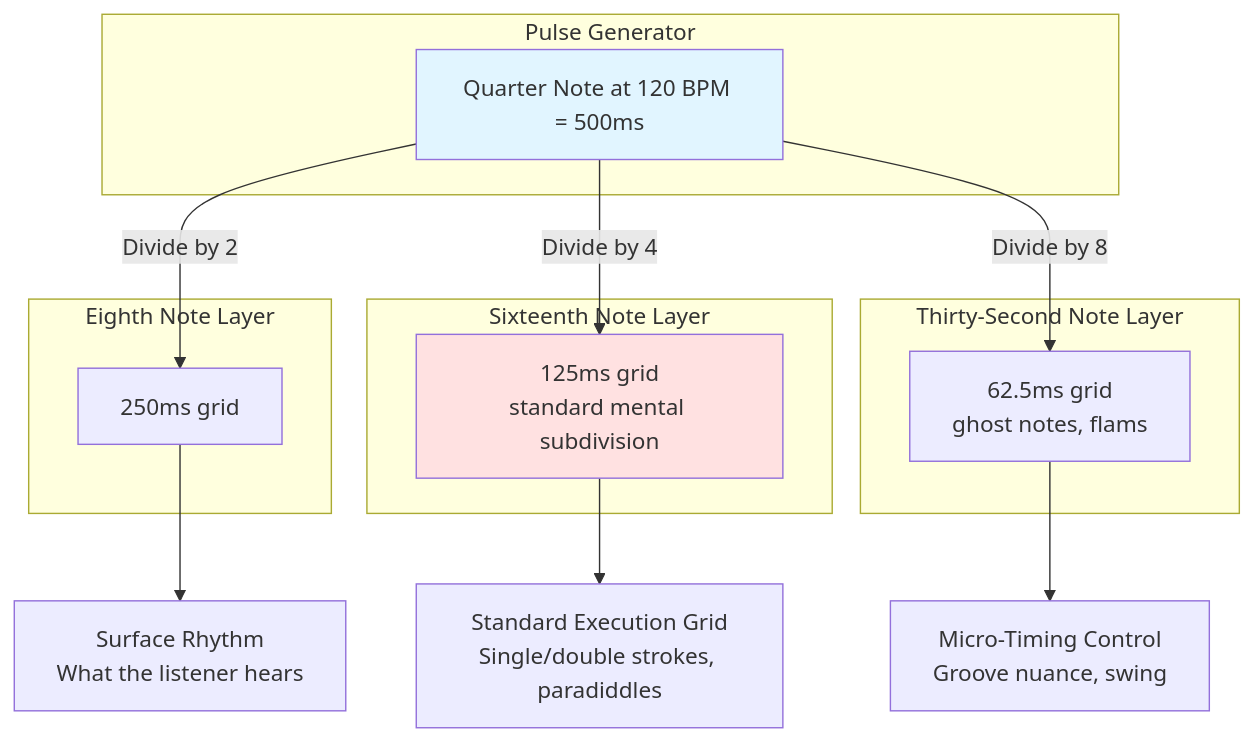
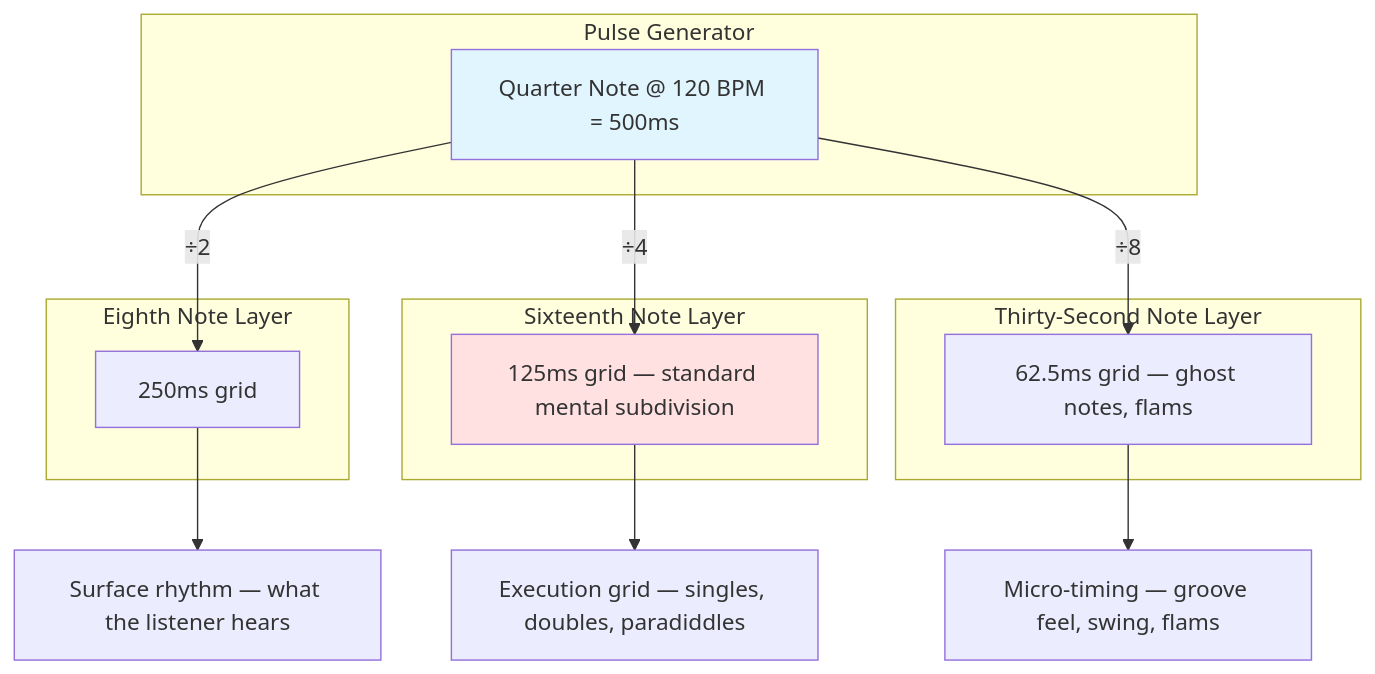
The first of 5 diagrams in topics/arts/music_performance/drums/lesson_02_four_limb_independence.md (blebleblee/synapse), drawn with Mermaid before and after one commit. The commit also changed other lines of this file and 2 other files, not shown here.

````diff
--- a/topics/arts/music_performance/drums/lesson_02_four_limb_independence.md
+++ b/topics/arts/music_performance/drums/lesson_02_four_limb_independence.md
@@ -30,29 +23,29 @@
 ```mermaid
 graph TD
     subgraph sub_pulse ["Pulse Generator"]
-        pulse["Quarter Note at 120 BPM = 500ms"]
+        pulse["Quarter Note @ 120 BPM = 500ms"]
     end
-    
+
     subgraph sub_eighth ["Eighth Note Layer"]
         eighth["250ms grid"]
     end
-    
+
     subgraph sub_sixteenth ["Sixteenth Note Layer"]
-        sixteenth["125ms grid<br/>standard mental subdivision"]
+        sixteenth["125ms grid — standard mental subdivision"]
     end
-    
+
     subgraph sub_thirtysecond ["Thirty-Second Note Layer"]
-        thirtysecond["62.5ms grid<br/>ghost notes, flams"]
+        thirtysecond["62.5ms grid — ghost notes, flams"]
     end
-    
-    pulse -->|"Divide by 2"| eighth
-    pulse -->|"Divide by 4"| sixteenth
-    pulse -->|"Divide by 8"| thirtysecond
-    
-    eighth --> surface["Surface Rhythm<br/>What the listener hears"]
-    sixteenth --> standard["Standard Execution Grid<br/>Single/double strokes, paradiddles"]
-    thirtysecond --> micro["Micro-Timing Control<br/>Groove nuance, swing"]
-    
+
+    pulse -->|"÷2"| eighth
+    pulse -->|"÷4"| sixteenth
+    pulse -->|"÷8"| thirtysecond
+
+    eighth --> surface["Surface rhythm — what the listener hears"]
+    sixteenth --> standard["Execution grid — singles, doubles, paradiddles"]
+    thirtysecond --> micro["Micro-timing — groove feel, swing, flams"]
+
     style pulse fill:#e1f5ff
     style sixteenth fill:#ffe1e1
 ```
````
